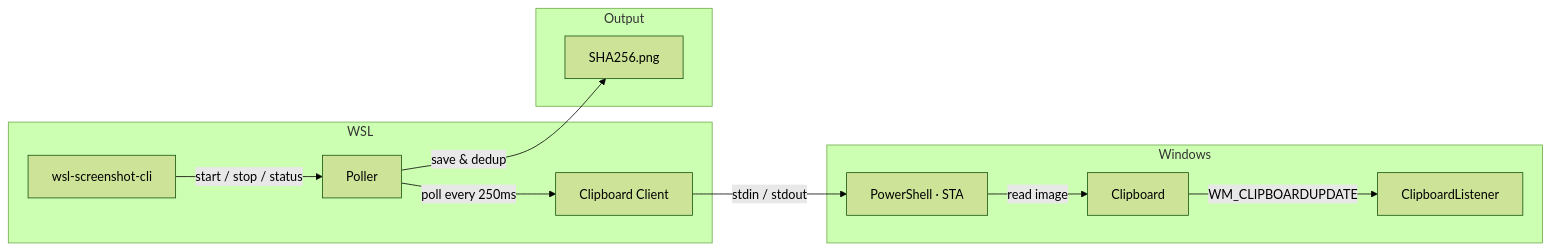
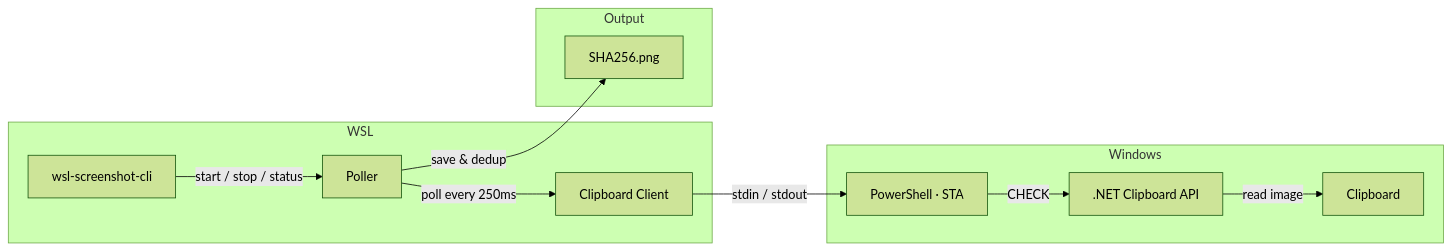
The diagram in README.md (cyanyux/wsl-screenshot-cli), drawn with Mermaid (forest theme) before and after one commit. The commit also changed other lines of this file and 1 other file, not shown here.

Commit message:
Docs: update descriptions to match pre-compiled .NET Clipboard approach
The recent csc.exe removal (f3c16ef) switched from runtime-compiled C#
with AddClipboardFormatListener to polling via pre-compiled .NET Clipboard
APIs. Update root.go Long description and README (diagram + prose) to
reflect the actual CHECK-based polling protocol.

````diff
--- a/README.md
+++ b/README.md
@@ -92,25 +92,25 @@
 ```mermaid
 graph LR
     subgraph WSL
         CLI["wsl-screenshot-cli"]
         Poller
         GoClient["Clipboard Client"]
     end
 
     subgraph Windows
         PS["PowerShell · STA"]
-        Listener["ClipboardListener"]
+        DotNet[".NET Clipboard API"]
         CB["Clipboard"]
     end
 
     subgraph Output
         PNG["SHA256.png"]
     end
 
     CLI -- "start / stop / status" --> Poller
     Poller -- "poll every 250ms" --> GoClient
     GoClient -- "stdin / stdout" --> PS
-    CB -- "WM_CLIPBOARDUPDATE" --> Listener
-    PS -- "read image" --> CB
+    PS -- "CHECK" --> DotNet
+    DotNet -- "read image" --> CB
     Poller -- "save & dedup" --> PNG
 ```
````
